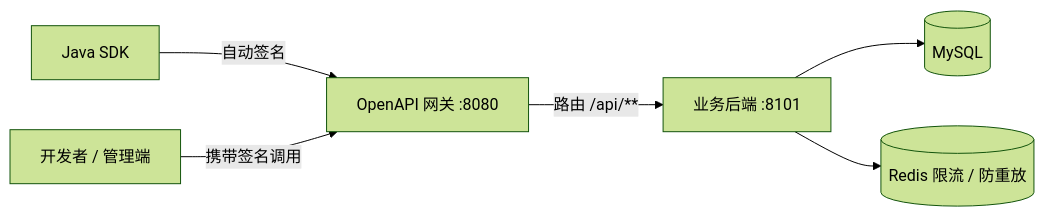
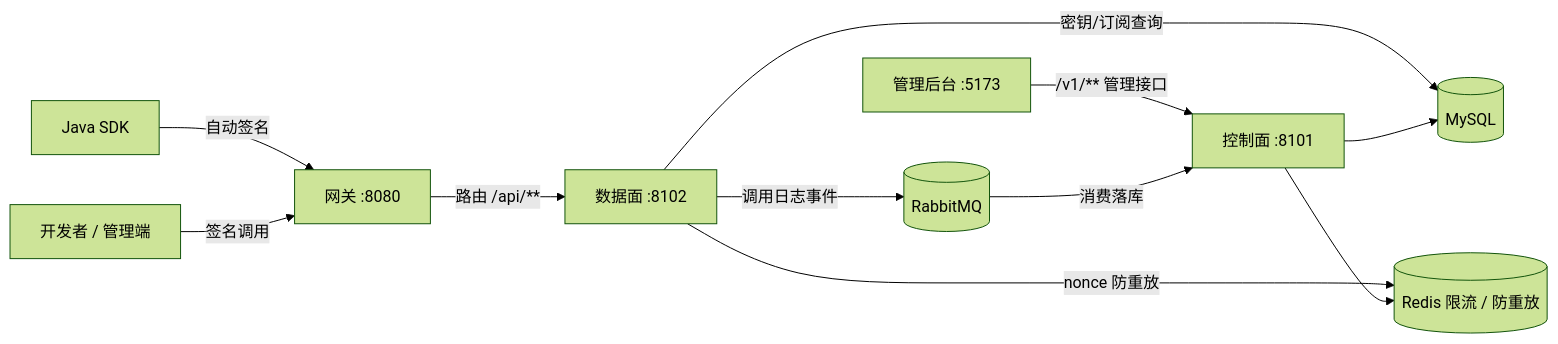
The diagram in docs/01-项目文档/架构设计.md (Leonis-Leo/OpenAPI), drawn with Mermaid (forest theme) before and after one commit. The commit also changed other lines of this file and 9 other files, not shown here.

````diff
--- a/docs/01-项目文档/架构设计.md
+++ b/docs/01-项目文档/架构设计.md
@@ -5,8 +5,13 @@
 ```mermaid
 flowchart LR
-    SDK[Java SDK] -->|自动签名| GW
-    Dev[开发者 / 管理端] -->|携带签名调用| GW[OpenAPI 网关 :8080]
-    GW -->|路由 /api/**| BE[业务后端 :8101]
-    BE --> MySQL[(MySQL)]
+    SDK[Java SDK] -->|自动签名| GW[网关 :8080]
+    Dev[开发者 / 管理端] -->|签名调用| GW
+    FE[管理后台 :5173] -->|/v1/** 管理接口| BE[控制面 :8101]
+    GW -->|路由 /api/**| API[数据面 :8102]
+    API -->|密钥/订阅查询| MySQL[(MySQL)]
+    API -->|nonce 防重放| Redis[(Redis)]
+    API -->|调用日志事件| MQ[(RabbitMQ)]
+    MQ -->|消费落库| BE
+    BE --> MySQL
     BE --> Redis[(Redis 限流 / 防重放)]
 ```
````
